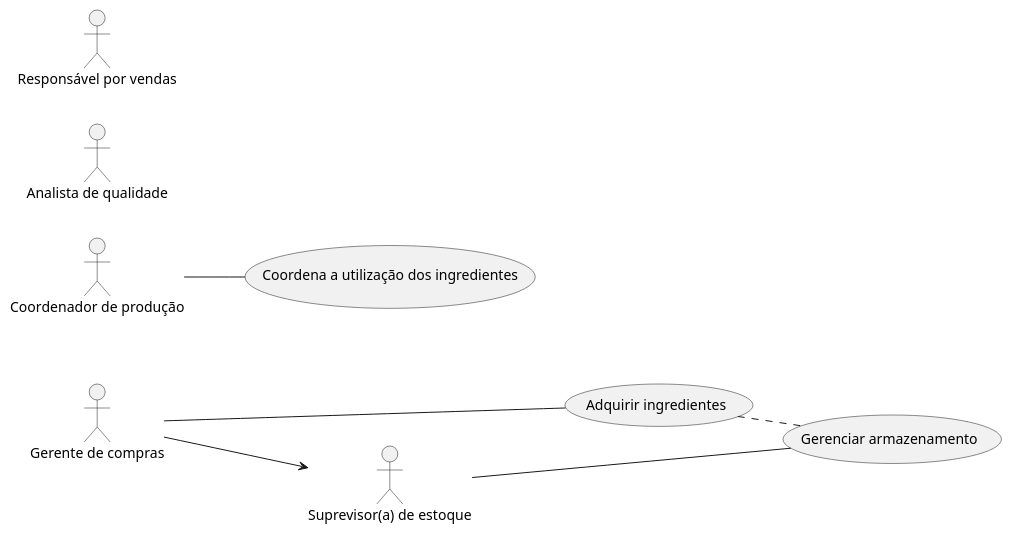
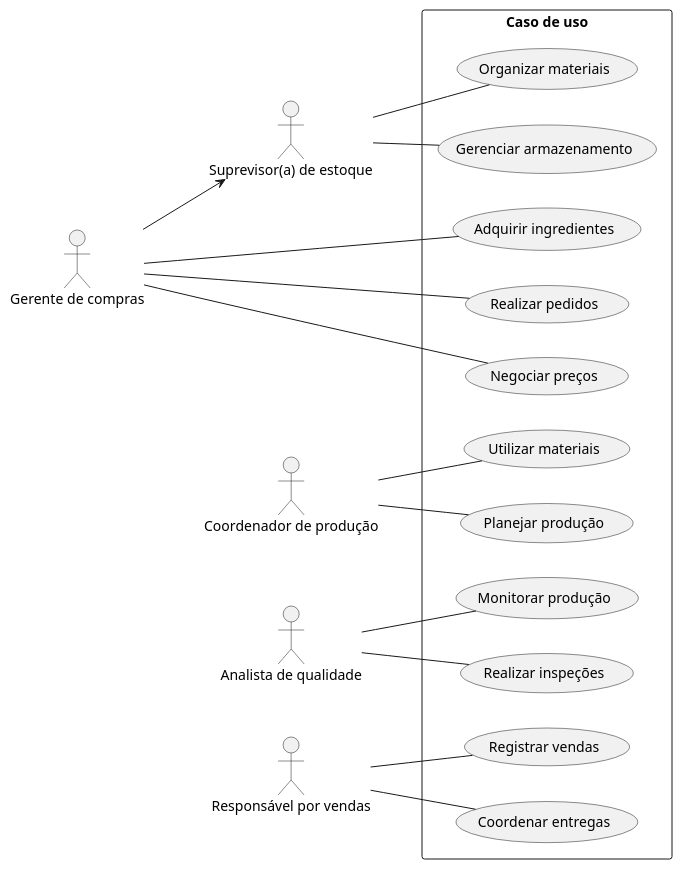
Before and after one commit to uguilherme/EngenhariaI2023: the diagram in delicias.puml, drawn with PlantUML. The commit also changed 6 other files, not shown here.

```diff
--- a/delicias.puml
+++ b/delicias.puml
@@ -1,26 +1,26 @@
 @startuml
 
     left to right direction
 
     actor "Gerente de compras" as gc
     actor "Suprevisor(a) de estoque" as se 
     actor "Coordenador de produção" as cp 
     actor "Analista de qualidade" as aq
     actor "Responsável por vendas" as rv
- 
-    usecase "Adquirir ingredientes" as UC1
-    usecase "Gerenciar armazenamento" as UC2
-    usecase "Coordena a utilização dos ingredientes" as UC3
 
-    (UC1) . (UC2) : include
+rectangle "Caso de uso"{
+    aq -- (Monitorar produção)
+    aq -- (Realizar inspeções)
     gc --> se
-    gc -- UC1
-    se -- UC2
-    cp -- UC3
-
-
-
-
-
+    gc -- (Adquirir ingredientes)
+    se -- (Gerenciar armazenamento)
+    se -- (Organizar materiais)
+    gc -- (Realizar pedidos)
+    gc -- (Negociar preços)
+    cp -- (Planejar produção)
+    cp -- (Utilizar materiais)
+    rv -- (Coordenar entregas)
+    rv -- (Registrar vendas)
+}
 
 @enduml
```
